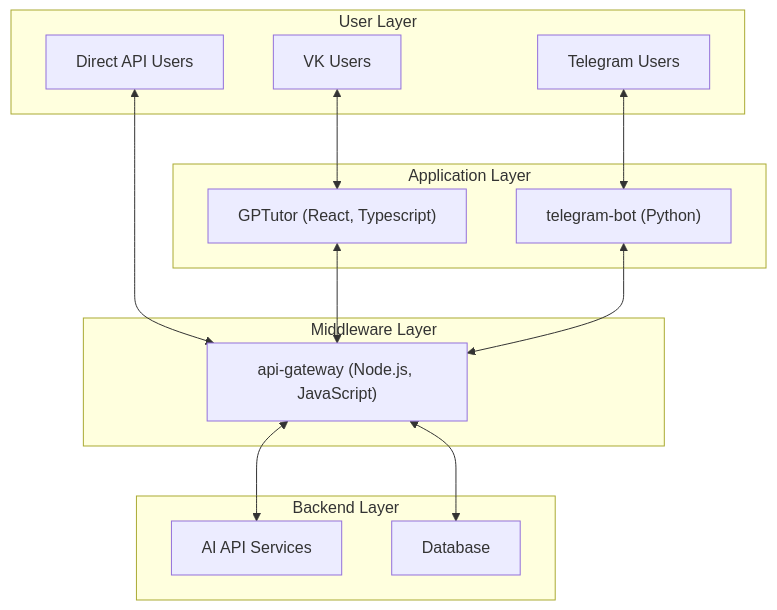
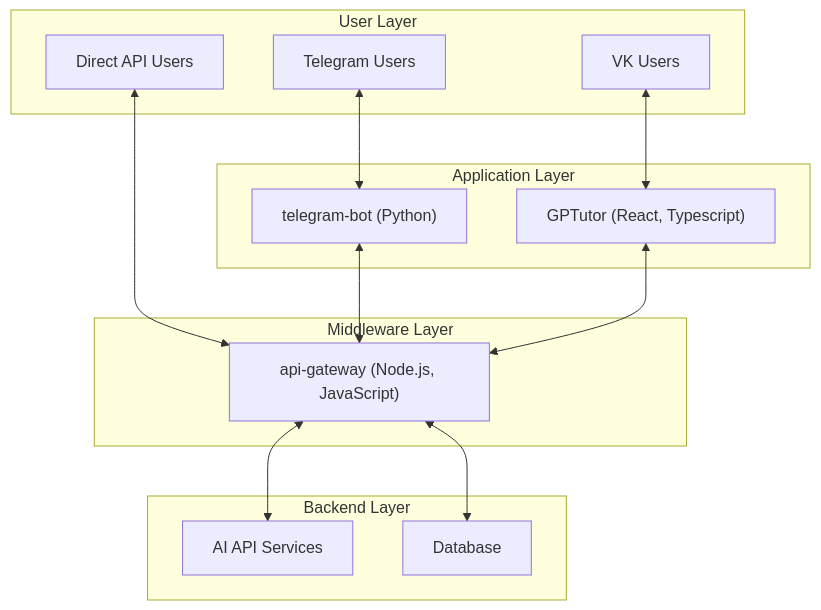
Before and after one commit to deep-assistant/.github: the diagram in profile/README.md, drawn with Mermaid. The commit also changed other lines of this file, not shown here.

Commit message:
Reorder diagram elements for telegram to be in the center

````diff
--- a/profile/README.md
+++ b/profile/README.md
@@ -13,35 +13,35 @@
 ```mermaid
 graph TB
 
 subgraph UserLayer["User Layer"]
+    direct_api_users["Direct API Users"]
+    user_tele["Telegram Users"]
     user_vk["VK Users"]
-    user_tele["Telegram Users"]
-    direct_api_users["Direct API Users"]
 end
 
 subgraph ApplicationLayer["Application Layer"]
+    app_telebot["telegram-bot (Python)"]
     app_gptutor["GPTutor (React, Typescript)"]
-    app_telebot["telegram-bot (Python)"]
 end
 
 subgraph MiddlewareLayer["Middleware Layer"]
     middleware_apigw["api-gateway (Node.js, JavaScript)"]
 end
 
 subgraph backendLayer["Backend Layer"]
     backend_ai["AI API Services"]
     backend_db["Database"]
 end
 
+direct_api_users <--> middleware_apigw
+user_tele <--> app_telebot
 user_vk <--> app_gptutor
-user_tele <--> app_telebot
-direct_api_users <--> middleware_apigw
+app_telebot <--> middleware_apigw
 app_gptutor <--> middleware_apigw
-app_telebot <--> middleware_apigw
 middleware_apigw <--> backend_ai
 middleware_apigw <--> backend_db
 
 click app_gptutor "https://github.com/deep-assistant/GPTutor"
 click app_telebot "https://github.com/deep-assistant/telegram-bot"
 click middleware_apigw "https://github.com/deep-assistant/api-gateway"
 ```
````
